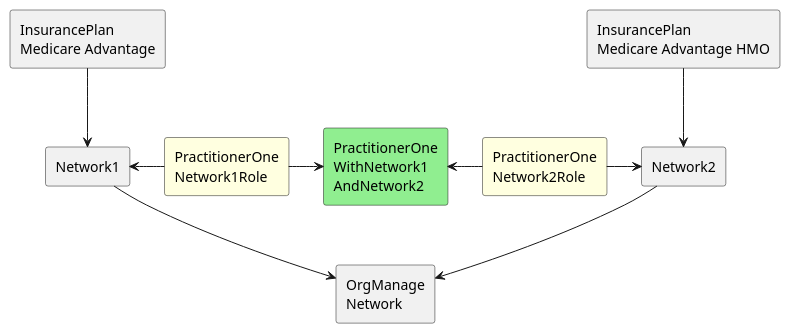
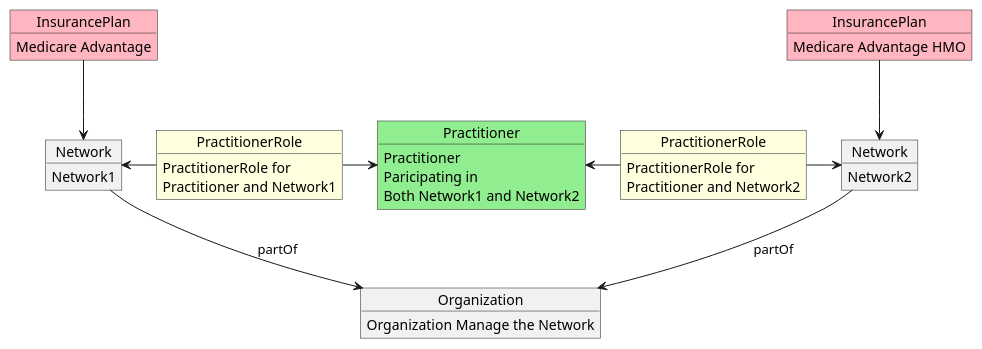
Before and after one commit to HL7/fhir-us-ndh: the diagram in input/images-source/UsecaseRel.plantuml, drawn with PlantUML. The commit also changed 2 other files, not shown here.

```diff
--- a/input/images-source/UsecaseRel.plantuml
+++ b/input/images-source/UsecaseRel.plantuml
@@ -1,25 +1,42 @@
 @startuml
 
-agent "Network1" as Network1
-agent "Network2" as Network2
-agent "OrgManage\nNetwork" as OrgManageNetwork
-agent #LightGreen "PractitionerOne\nWithNetwork1\nAndNetwork2" as PractitionerOneWithNetwork1AndNetwork2
-agent #LightYellow "PractitionerOne\nNetwork1Role" as PractitionerOneNetwork1Role
-agent #LightYellow "PractitionerOne\nNetwork2Role" as PractitionerOneNetwork2Role
-agent "InsurancePlan\nMedicare Advantage" as InsurancePlanMedicareAdvantage
-agent "InsurancePlan\nMedicare Advantage HMO" as InsurancePlanMedicareAdvantageHMO
+object "Network" as Network1
+Network1 : Network1
+object "Network" as Network2
+Network2 : Network2
+
+object "Organization" as OrgManageNetwork
+OrgManageNetwork : Organization Manage the Network
+object "Practitioner" as PractitionerOneWithNetwork1AndNetwork2  #LightGreen
+PractitionerOneWithNetwork1AndNetwork2 : Practitioner
+PractitionerOneWithNetwork1AndNetwork2 : Paricipating in
+PractitionerOneWithNetwork1AndNetwork2 : Both Network1 and Network2 
+
+object "PractitionerRole" as PractitionerOneNetwork1Role #LightYellow
+PractitionerOneNetwork1Role : PractitionerRole for
+PractitionerOneNetwork1Role : Practitioner and Network1
+
+object "PractitionerRole" as PractitionerOneNetwork2Role #LightYellow
+PractitionerOneNetwork2Role : PractitionerRole for
+PractitionerOneNetwork2Role : Practitioner and Network2
+
+object "InsurancePlan" as InsurancePlanMedicareAdvantage #LightPink
+InsurancePlanMedicareAdvantage : Medicare Advantage
+
+object "InsurancePlan" as InsurancePlanMedicareAdvantageHMO #LightPink
+InsurancePlanMedicareAdvantageHMO : Medicare Advantage HMO
 
 
 PractitionerOneNetwork1Role -right-> PractitionerOneWithNetwork1AndNetwork2
 PractitionerOneNetwork1Role -left-> Network1
 
 PractitionerOneNetwork2Role -left-> PractitionerOneWithNetwork1AndNetwork2
 PractitionerOneNetwork2Role -right-> Network2
-Network1 -down-> OrgManageNetwork
-Network2 -down-> OrgManageNetwork
+Network1 -down-> OrgManageNetwork : "partOf"
+Network2 -down-> OrgManageNetwork : "partOf"
 
 InsurancePlanMedicareAdvantage -down-> Network1
 InsurancePlanMedicareAdvantageHMO -down-> Network2
 
 
 @enduml
```
